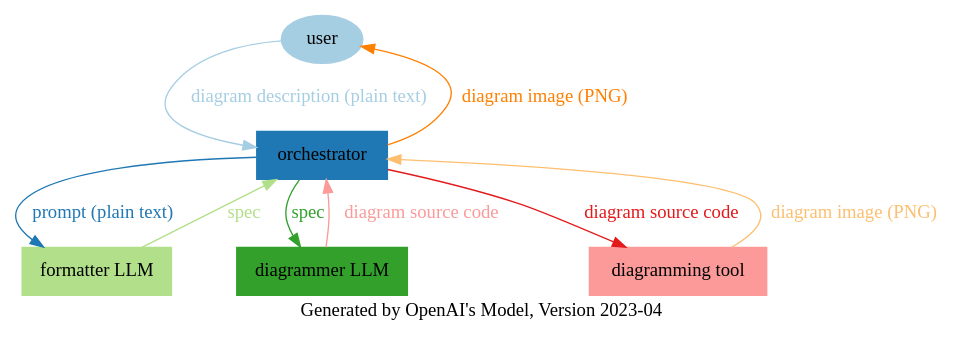
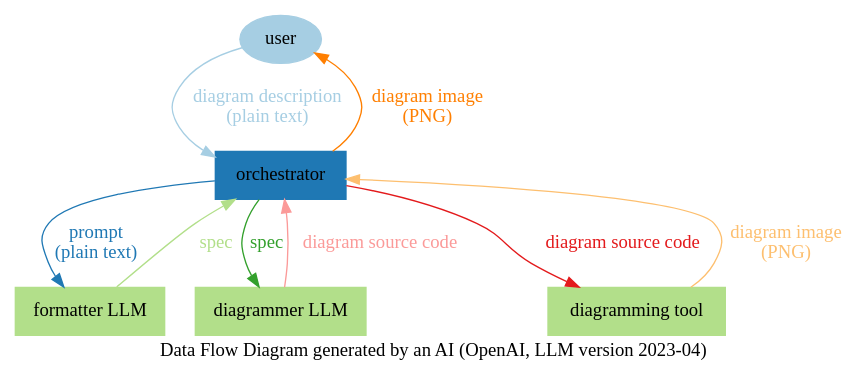
The diagram in diagram.dot (christianromney/diagrammer), drawn with Graphviz before and after one commit. The commit also changed 5 other files, not shown here.

Commit message:
Add authorship label to diagram

```diff
--- a/diagram.dot
+++ b/diagram.dot
@@ -1,22 +1,20 @@
 digraph G {
-    graph [bgcolor=white fontname="Roboto Mono" label="Generated by OpenAI's Model, Version 2023-04"];
-    node [colorscheme=paired12 style=filled fontname="Roboto Mono"];
-    edge [colorscheme=paired12 fontname="Roboto Mono"];
+    graph [bgcolor=white, label="Data Flow Diagram generated by an AI (OpenAI, LLM version 2023-04)", fontname="Roboto Mono"];
+    node [style=filled, colorscheme=paired12, fontname="Roboto Mono"];
+    edge [colorscheme=paired12, fontname="Roboto Mono"];
 
-    // Node definitions
     user [shape=oval, color=1, label="user"];
     orchestrator [shape=box, color=2, label="orchestrator"];
     formatterLLM [shape=box, color=3, label="formatter LLM"];
-    diagrammerLLM [shape=box, color=4, label="diagrammer LLM"];
-    diagrammingtool [shape=box, color=5, label="diagramming tool"];
+    diagrammerLLM [shape=box, color=3, label="diagrammer LLM"];
+    diagrammingTool [shape=box, color=3, label="diagramming tool"];
 
-    // Edges
-    user -> orchestrator [label="diagram description (plain text)", color=1, fontcolor=1];
-    orchestrator -> formatterLLM [label="prompt (plain text)", color=2, fontcolor=2];
+    user -> orchestrator [label="diagram description\n(plain text)", color=1, fontcolor=1];
+    orchestrator -> formatterLLM [label="prompt\n(plain text)", color=2, fontcolor=2];
     formatterLLM -> orchestrator [label="spec", color=3, fontcolor=3];
     orchestrator -> diagrammerLLM [label="spec", color=4, fontcolor=4];
     diagrammerLLM -> orchestrator [label="diagram source code", color=5, fontcolor=5];
-    orchestrator -> diagrammingtool [label="diagram source code", color=6, fontcolor=6];
-    diagrammingtool -> orchestrator [label="diagram image (PNG)", color=7, fontcolor=7];
-    orchestrator -> user [label="diagram image (PNG)", color=8, fontcolor=8];
+    orchestrator -> diagrammingTool [label="diagram source code", color=6, fontcolor=6];
+    diagrammingTool -> orchestrator [label="diagram image\n(PNG)", color=7, fontcolor=7];
+    orchestrator -> user [label="diagram image\n(PNG)", color=8, fontcolor=8];
 }
```
